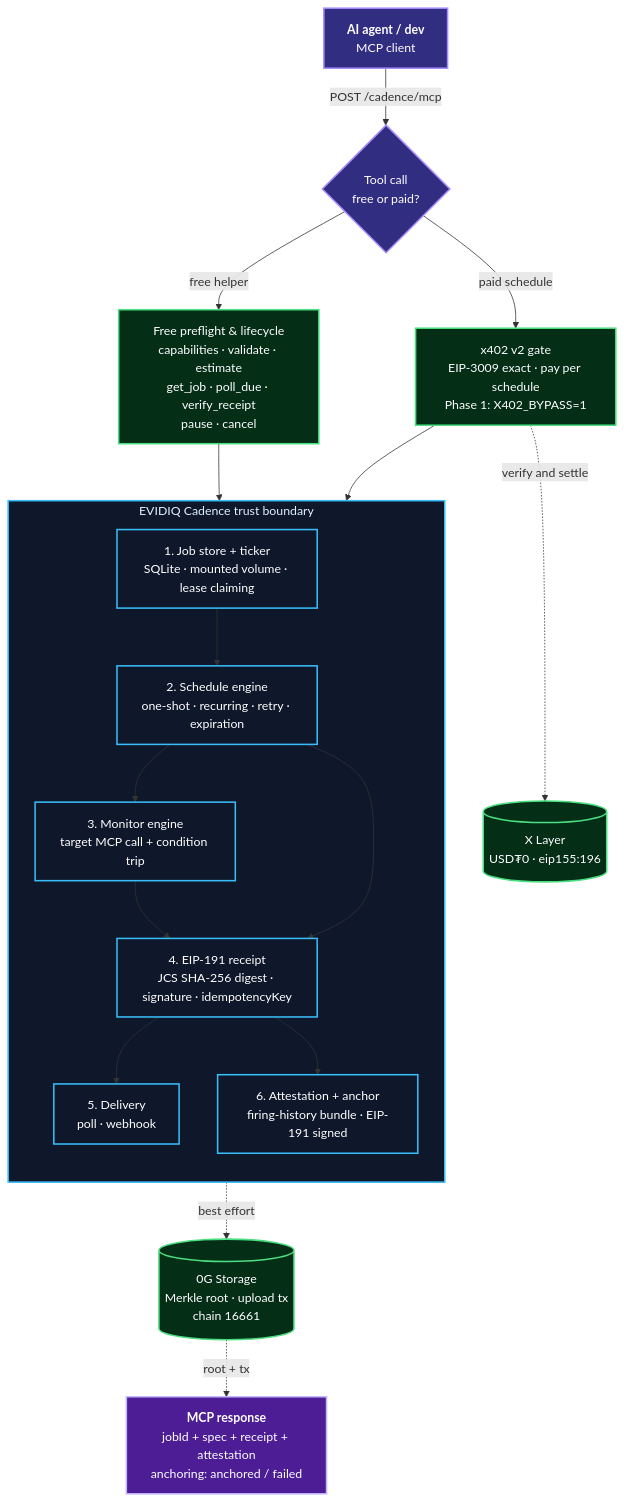
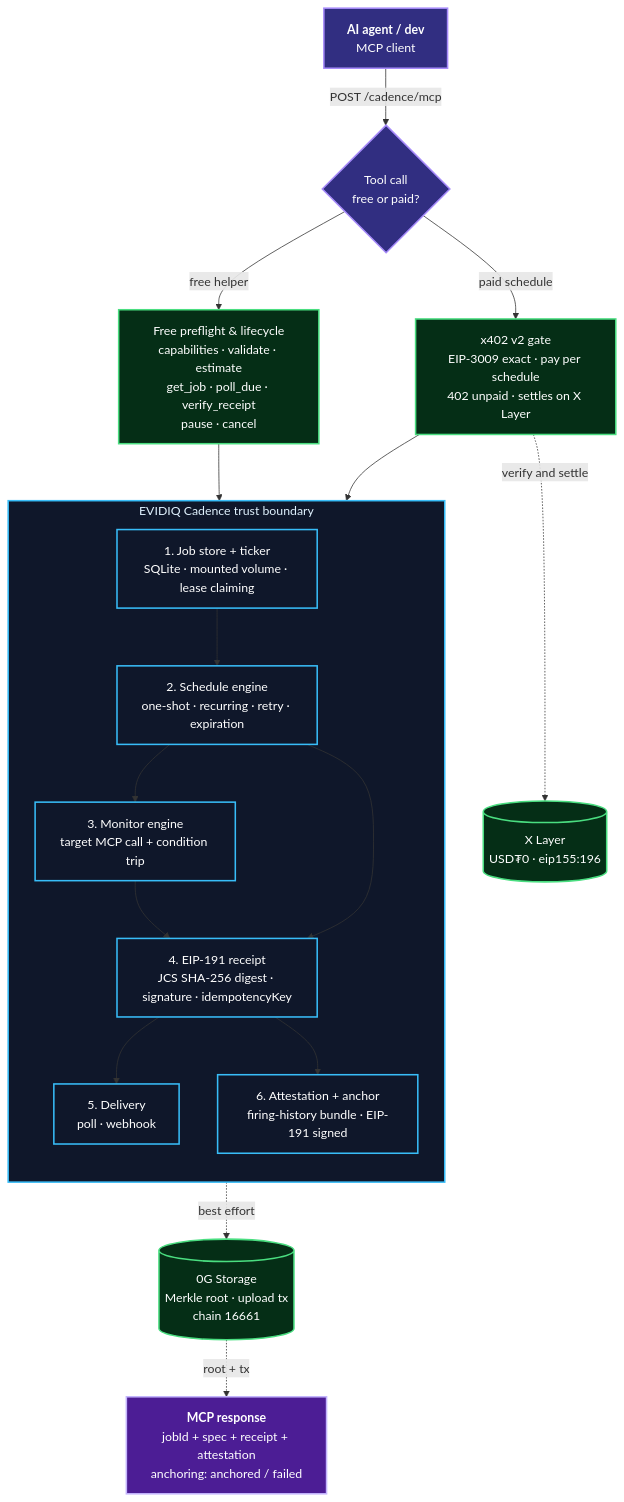
One commit to evidiq/evidiq-cadence-mcp changed the diagram in README.md. Above: the diagram before and after it, drawn with Mermaid. The commit also changed other lines of this file, not shown here.

````diff
--- a/README.md
+++ b/README.md
@@ -128,46 +136,46 @@
 ```mermaid
 flowchart TB
     agent["<b>AI agent / dev</b><br/>MCP client"]
     request{"Tool call<br/>free or paid?"}
     agent -->|POST /cadence/mcp| request
 
     free["Free preflight & lifecycle<br/>capabilities · validate · estimate<br/>get_job · poll_due · verify_receipt<br/>pause · cancel"]
-    gate["x402 v2 gate<br/>EIP-3009 exact · pay per schedule<br/>Phase 1: X402_BYPASS=1"]
+    gate["x402 v2 gate<br/>EIP-3009 exact · pay per schedule<br/>402 unpaid · settles on X Layer"]
     xlayer[("X Layer<br/>USD₮0 · eip155:196")]
     request -->|free helper| free
     request -->|paid schedule| gate
     gate -. verify and settle .-> xlayer
 
     subgraph cadence["EVIDIQ Cadence trust boundary"]
         direction TB
         store["1. Job store + ticker<br/>SQLite · mounted volume · lease claiming"]
         engine["2. Schedule engine<br/>one-shot · recurring · retry · expiration"]
         monitor["3. Monitor engine<br/>target MCP call + condition trip"]
         receipt["4. EIP-191 receipt<br/>JCS SHA-256 digest · signature · idempotencyKey"]
         deliver["5. Delivery<br/>poll · webhook"]
         attest["6. Attestation + anchor<br/>firing-history bundle · EIP-191 signed"]
         store --> engine --> monitor
         monitor --> receipt
         engine --> receipt
         receipt --> deliver
         receipt --> attest
     end
 
     og[("0G Storage<br/>Merkle root · upload tx<br/>chain 16661")]
     free --> store
     gate --> engine
     attest -. best effort .-> og
     og -. root + tx .-> response
 
     response["<b>MCP response</b><br/>jobId + spec + receipt + attestation<br/>anchoring: anchored / failed"]
 
     classDef client fill:#312e81,stroke:#a78bfa,color:#ffffff,stroke-width:2px;
     classDef payment fill:#052e16,stroke:#4ade80,color:#ffffff,stroke-width:2px;
     classDef core fill:#0f172a,stroke:#38bdf8,color:#ffffff,stroke-width:2px;
     classDef output fill:#4c1d95,stroke:#c4b5fd,color:#ffffff,stroke-width:2px;
     class agent,request client;
     class free,gate,xlayer,og payment;
     class store,engine,monitor,receipt,deliver,attest core;
     class response output;
     style cadence fill:#0f172a,stroke:#38bdf8,color:#e0f2fe,stroke-width:2px;
 ```
````
